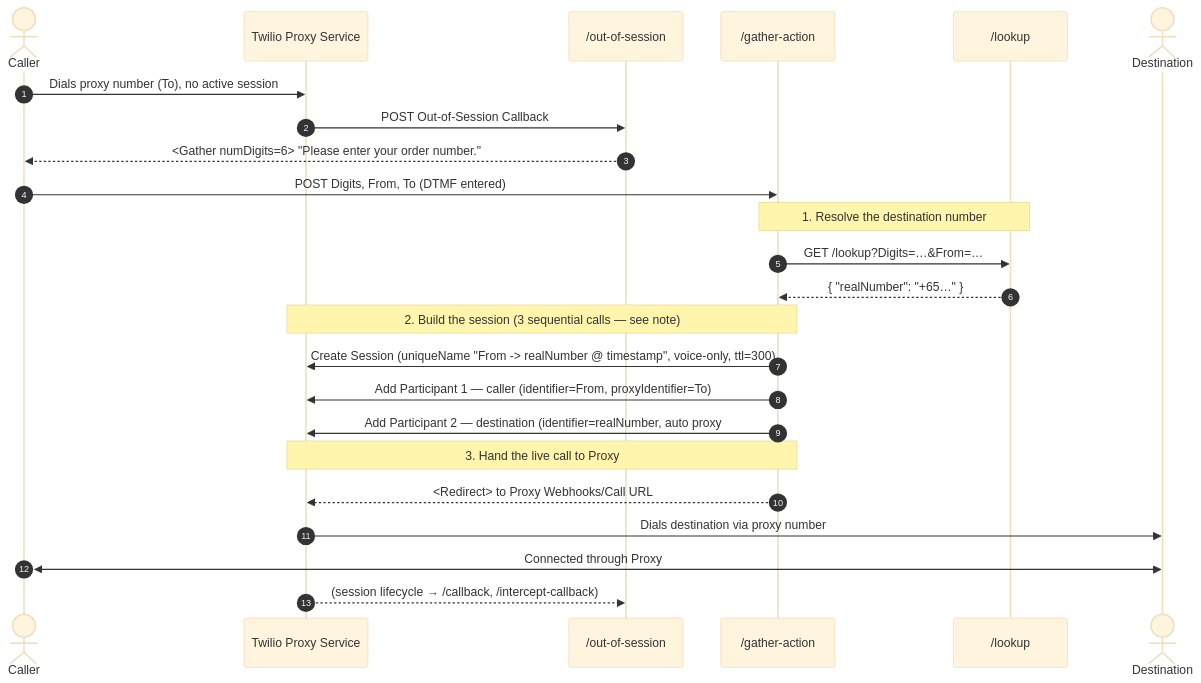
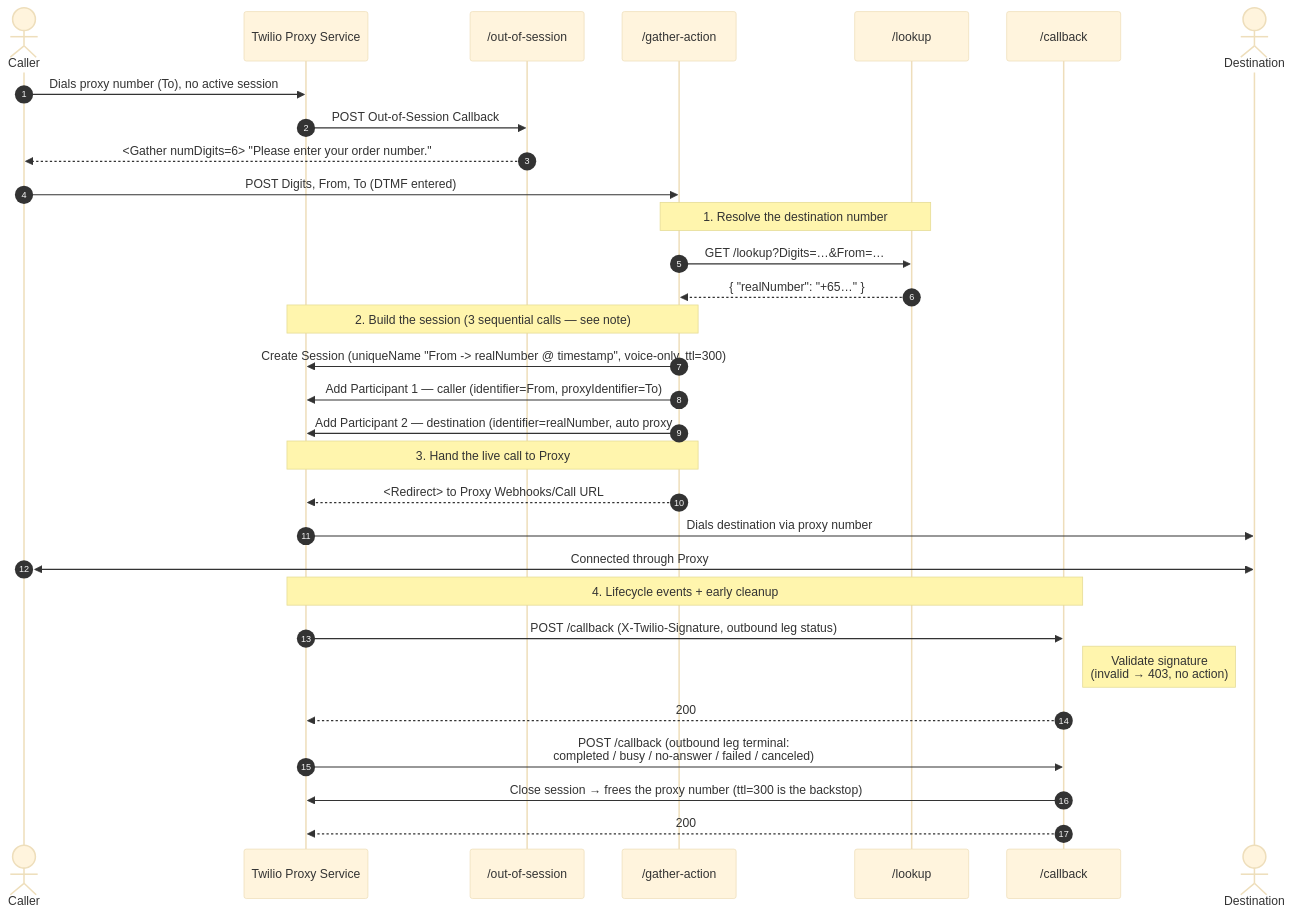
One commit to leroychan/twilio-proxy-single-participant-workflow changed the second of 3 diagrams in README.md. Above: the diagram before and after it, drawn with Mermaid (base theme). The commit also changed other lines of this file, not shown here.

Commit message:
docs: update flow diagrams for signed callback + session auto-close
- Architecture flowchart: show /callback lifecycle events as signed, the
  close-session return edge, and the intercept allow(200) response.
- Sequence diagram: add /callback participant and a step-4 "Lifecycle events +
  early cleanup" flow (validate signature → 403 on mismatch → close session on
  terminal outbound state; ttl=300 backstop).

````diff
--- a/README.md
+++ b/README.md
@@ -83,32 +85,39 @@
 ```mermaid
 sequenceDiagram
     autonumber
     actor Caller
     participant Proxy as Twilio Proxy Service
     participant OOS as /out-of-session
     participant GA as /gather-action
     participant LK as /lookup
+    participant CB as /callback
     actor Dest as Destination
 
     Caller->>Proxy: Dials proxy number (To), no active session
     Proxy->>OOS: POST Out-of-Session Callback
     OOS-->>Caller: <Gather numDigits=6> "Please enter your order number."
 
     Caller->>GA: POST Digits, From, To (DTMF entered)
 
     Note over GA,LK: 1. Resolve the destination number
     GA->>LK: GET /lookup?Digits=…&From=…
     LK-->>GA: { "realNumber": "+65…" }
 
     Note over GA,Proxy: 2. Build the session (3 sequential calls — see note)
     GA->>Proxy: Create Session (uniqueName "From -> realNumber @ timestamp", voice-only, ttl=300)
     GA->>Proxy: Add Participant 1 — caller (identifier=From, proxyIdentifier=To)
     GA->>Proxy: Add Participant 2 — destination (identifier=realNumber, auto proxy #)
 
     Note over GA,Proxy: 3. Hand the live call to Proxy
     GA-->>Proxy: <Redirect> to Proxy Webhooks/Call URL
     Proxy->>Dest: Dials destination via proxy number
     Caller<<->>Dest: Connected through Proxy
 
-    Proxy-->>OOS: (session lifecycle → /callback, /intercept-callback)
+    Note over Proxy,CB: 4. Lifecycle events + early cleanup
+    Proxy->>CB: POST /callback (X-Twilio-Signature, outbound leg status)
+    Note right of CB: Validate signature<br/>(invalid → 403, no action)
+    CB-->>Proxy: 200
+    Proxy->>CB: POST /callback (outbound leg terminal:<br/>completed / busy / no-answer / failed / canceled)
+    CB->>Proxy: Close session → frees the proxy number (ttl=300 is the backstop)
+    CB-->>Proxy: 200
 ```
````
